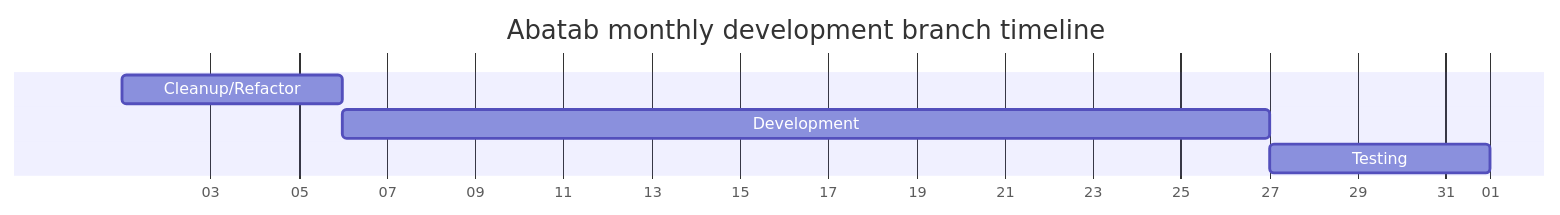
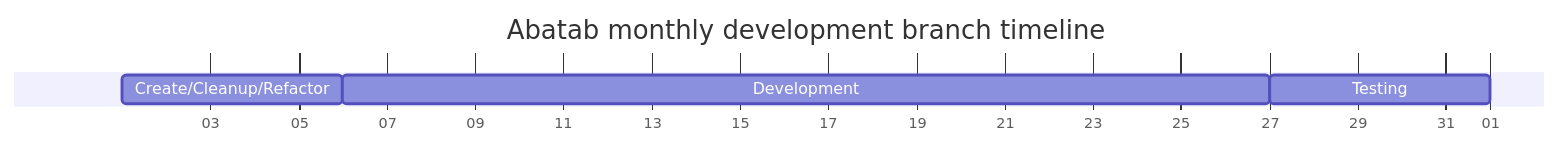
The second of 2 diagrams in README_development.md (spectrum-health-systems/Abatab), drawn with Mermaid before and after one commit. The commit also changed other lines of this file, not shown here.

````diff
--- a/README_development.md
+++ b/README_development.md
@@ -91,9 +91,12 @@
 ```mermaid
+---
+displayMode: compact
+---
 gantt
   title Abatab monthly development branch timeline 
   dateFormat X
   axisFormat %d
-  Cleanup/Refactor  : 1, 5d
+  Create/Cleanup/Refactor  : 1, 5d
   Development   : 21d
   Testing   : 5d
 ```
````
